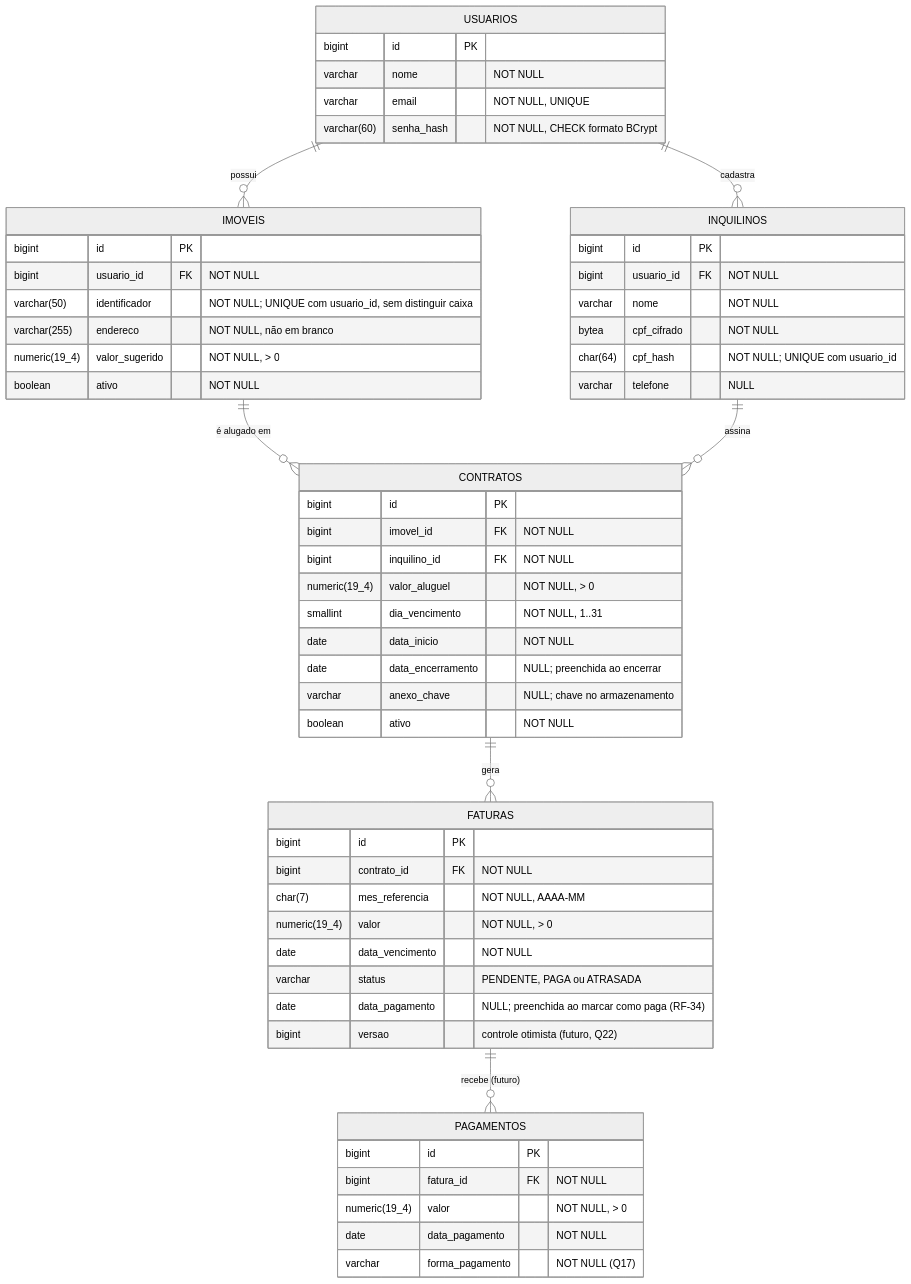
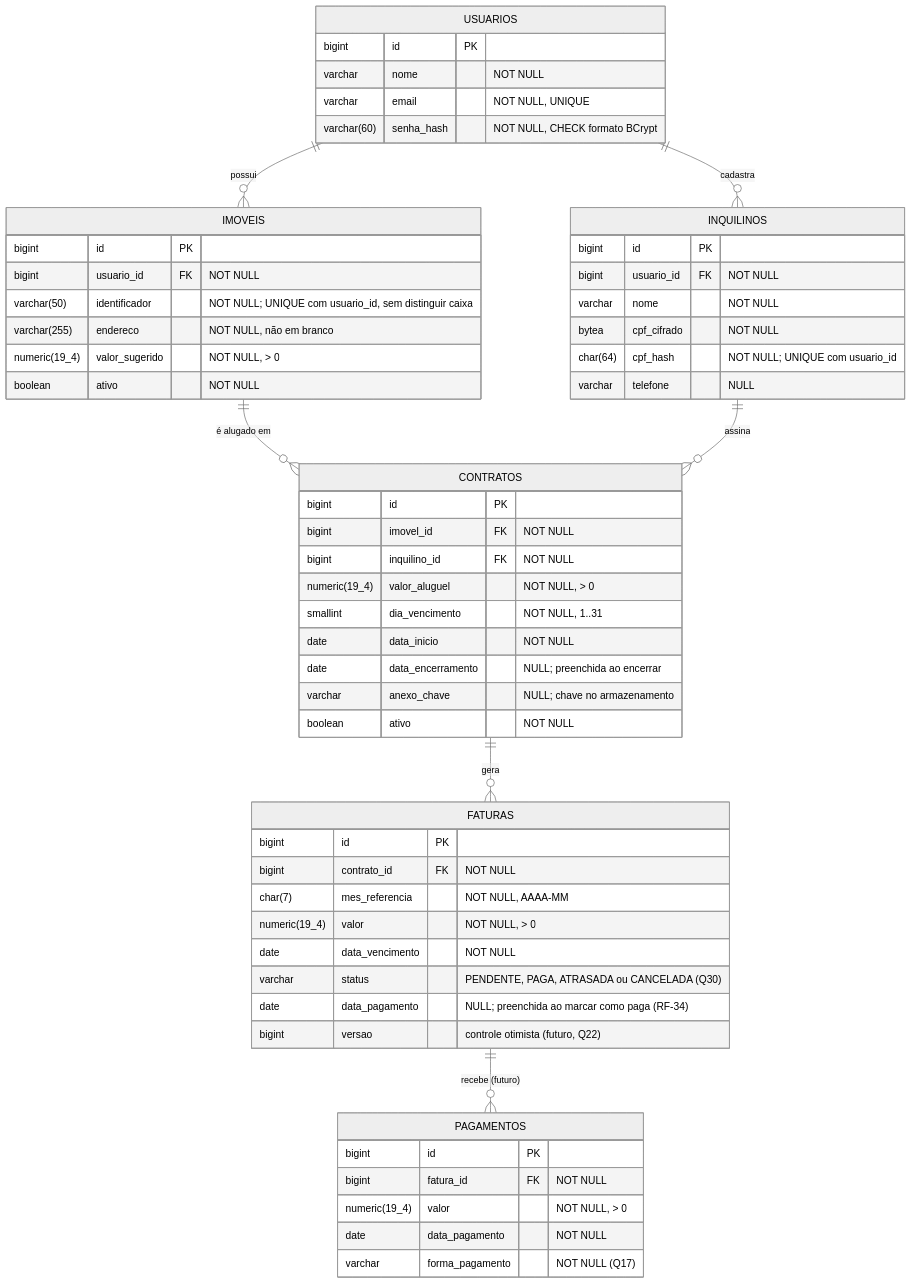
The diagram in docs/requisitos-e-der.md (mardenrafael/habitattio), drawn with Mermaid (neutral theme) before and after one commit. The commit also changed other lines of this file and 1 other file, not shown here.

````diff
--- a/docs/requisitos-e-der.md
+++ b/docs/requisitos-e-der.md
@@ -128,60 +131,60 @@
 ```mermaid
 erDiagram
     USUARIOS ||--o{ IMOVEIS : "possui"
     USUARIOS ||--o{ INQUILINOS : "cadastra"
     IMOVEIS ||--o{ CONTRATOS : "é alugado em"
     INQUILINOS ||--o{ CONTRATOS : "assina"
     CONTRATOS ||--o{ FATURAS : "gera"
     FATURAS ||--o{ PAGAMENTOS : "recebe (futuro)"
 
     USUARIOS {
         bigint id PK
         varchar nome "NOT NULL"
         varchar email "NOT NULL, UNIQUE"
         varchar(60) senha_hash "NOT NULL, CHECK formato BCrypt"
     }
     IMOVEIS {
         bigint id PK
         bigint usuario_id FK "NOT NULL"
         varchar(50) identificador "NOT NULL; UNIQUE com usuario_id, sem distinguir caixa"
         varchar(255) endereco "NOT NULL, não em branco"
         numeric(19_4) valor_sugerido "NOT NULL, > 0"
         boolean ativo "NOT NULL"
     }
     INQUILINOS {
         bigint id PK
         bigint usuario_id FK "NOT NULL"
         varchar nome "NOT NULL"
         bytea cpf_cifrado "NOT NULL"
         char(64) cpf_hash "NOT NULL; UNIQUE com usuario_id"
         varchar telefone "NULL"
     }
     CONTRATOS {
         bigint id PK
         bigint imovel_id FK "NOT NULL"
         bigint inquilino_id FK "NOT NULL"
         numeric(19_4) valor_aluguel "NOT NULL, > 0"
         smallint dia_vencimento "NOT NULL, 1..31"
         date data_inicio "NOT NULL"
         date data_encerramento "NULL; preenchida ao encerrar"
         varchar anexo_chave "NULL; chave no armazenamento"
         boolean ativo "NOT NULL"
     }
     FATURAS {
         bigint id PK
         bigint contrato_id FK "NOT NULL"
         char(7) mes_referencia "NOT NULL, AAAA-MM"
         numeric(19_4) valor "NOT NULL, > 0"
         date data_vencimento "NOT NULL"
-        varchar status "PENDENTE, PAGA ou ATRASADA"
+        varchar status "PENDENTE, PAGA, ATRASADA ou CANCELADA (Q30)"
         date data_pagamento "NULL; preenchida ao marcar como paga (RF-34)"
         bigint versao "controle otimista (futuro, Q22)"
     }
     PAGAMENTOS {
         bigint id PK
         bigint fatura_id FK "NOT NULL"
         numeric(19_4) valor "NOT NULL, > 0"
         date data_pagamento "NOT NULL"
         varchar forma_pagamento "NOT NULL (Q17)"
     }
 ```
````
